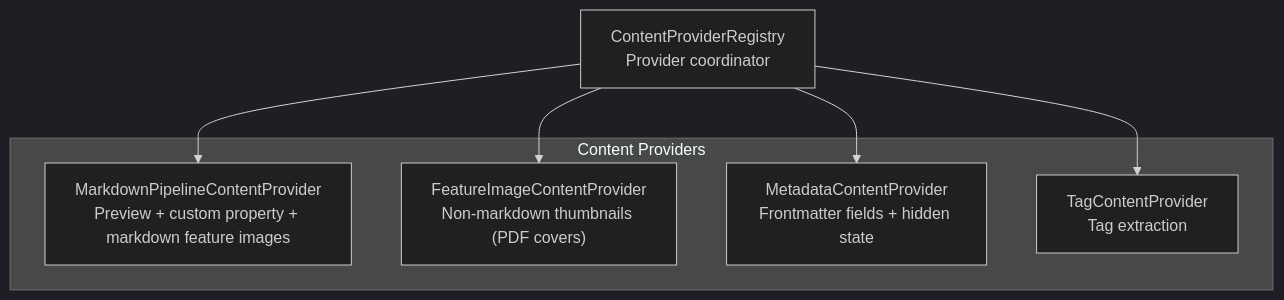
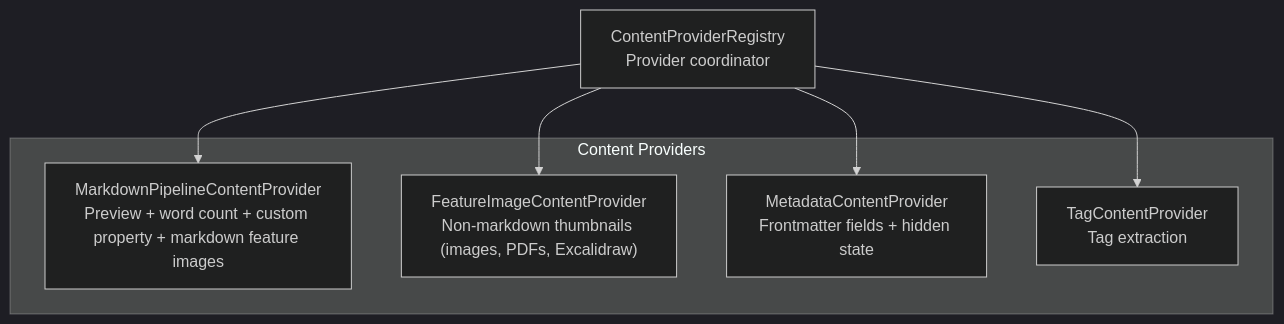
One commit to voi-tech/notebook-navigator changed the fourth of 4 diagrams in docs/service-architecture.md. Above: the diagram before and after it, drawn with Mermaid (dark theme). The commit also changed other lines of this file and 7 other files, not shown here.

````diff
--- a/docs/service-architecture.md
+++ b/docs/service-architecture.md
@@ -106,16 +153,16 @@
 ```mermaid
 graph TB
     ContentRegistry["ContentProviderRegistry<br/>Provider coordinator"]
 
     subgraph "Content Providers"
-        MarkdownPipelineProvider["MarkdownPipelineContentProvider<br/>Preview + custom property + markdown feature images"]
-        FileThumbnailsProvider["FeatureImageContentProvider<br/>Non-markdown thumbnails (PDF covers)"]
+        MarkdownPipelineProvider["MarkdownPipelineContentProvider<br/>Preview + word count + custom property + markdown feature images"]
+        FileThumbnailsProvider["FeatureImageContentProvider<br/>Non-markdown thumbnails (images, PDFs, Excalidraw)"]
         MetadataProvider["MetadataContentProvider<br/>Frontmatter fields + hidden state"]
         TagProvider["TagContentProvider<br/>Tag extraction"]
     end
 
     ContentRegistry --> MarkdownPipelineProvider
     ContentRegistry --> FileThumbnailsProvider
     ContentRegistry --> MetadataProvider
     ContentRegistry --> TagProvider
 ```
````
